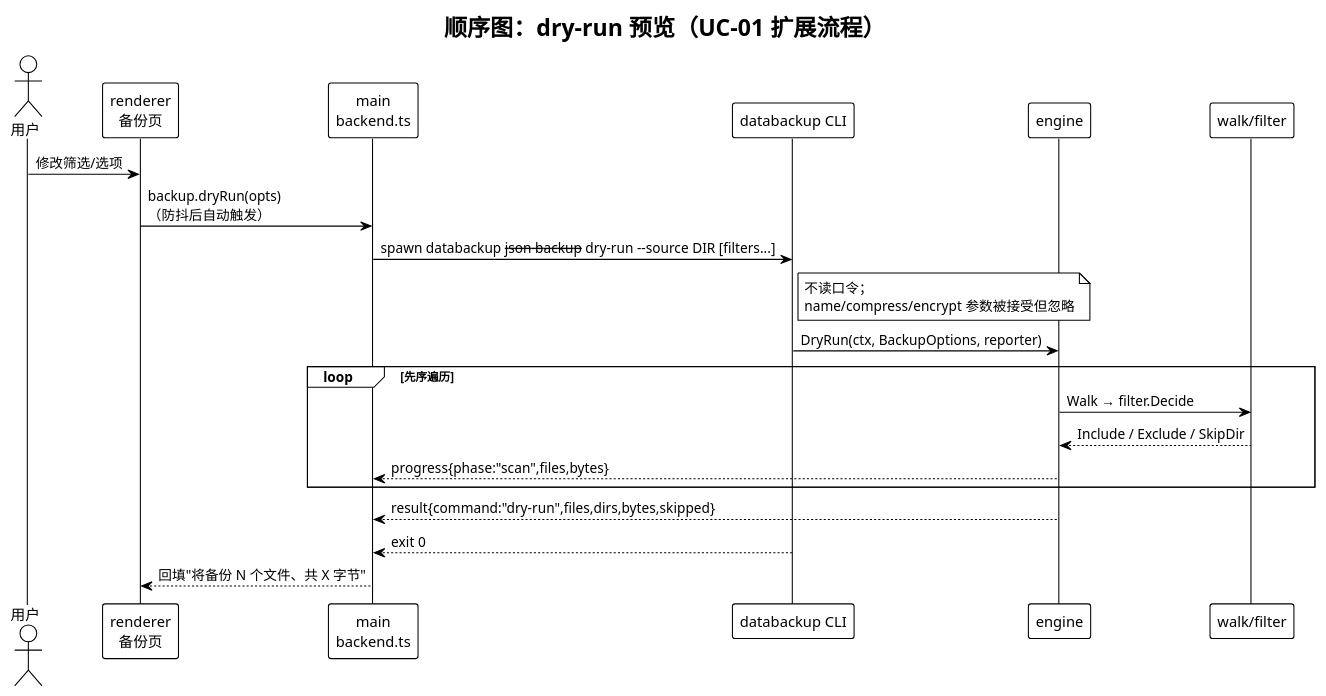
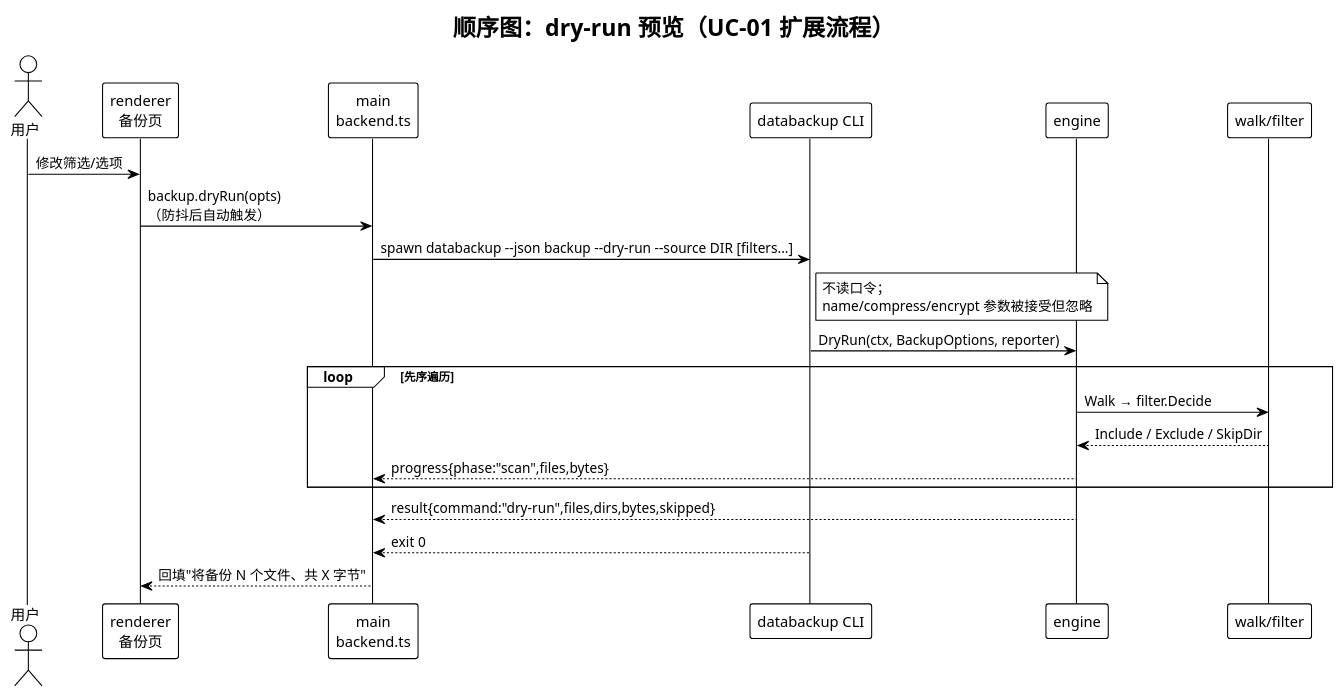
One commit to Piaoxuemoli/software-class-qoobeewang changed the diagram in docs/deliverables/diagrams/seq-dry-run.puml. Above: the diagram before and after it, drawn with PlantUML. The commit also changed 7 other files, not shown here.

First line of the commit message:
docs(deliverables): 设计文档与冻结接口对齐、补类图基数与追溯矩阵 (#16)

```diff
--- a/docs/deliverables/diagrams/seq-dry-run.puml
+++ b/docs/deliverables/diagrams/seq-dry-run.puml
@@ -1,25 +1,25 @@
 @startuml seq-dry-run
 !theme plain
 title 顺序图：dry-run 预览（UC-01 扩展流程）
 
 actor 用户 as U
 participant "renderer\n备份页" as R
 participant "main\nbackend.ts" as M
 participant "databackup CLI" as C
 participant "engine" as E
 participant "walk/filter" as W
 
 U -> R : 修改筛选/选项
 R -> M : backup.dryRun(opts)\n（防抖后自动触发）
-M -> C : spawn databackup --json backup --dry-run --source DIR [filters...]
+M -> C : spawn databackup ~--json backup ~--dry-run ~--source DIR [filters...]
 note right of C : 不读口令；\nname/compress/encrypt 参数被接受但忽略
 C -> E : DryRun(ctx, BackupOptions, reporter)
 loop 先序遍历
   E -> W : Walk → filter.Decide
   W --> E : Include / Exclude / SkipDir
   E --> M : progress{phase:"scan",files,bytes}
 end
 E --> M : result{command:"dry-run",files,dirs,bytes,skipped}
 C --> M : exit 0
 M --> R : 回填"将备份 N 个文件、共 X 字节"
 @enduml
```
